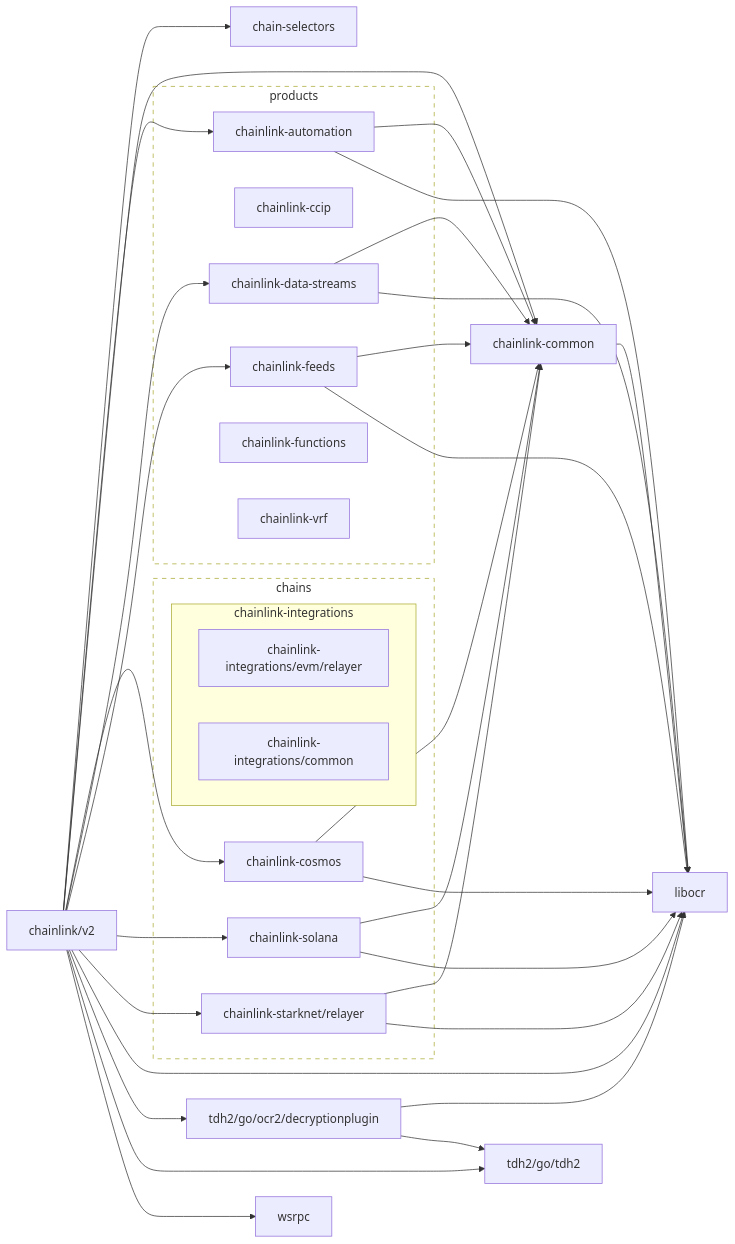
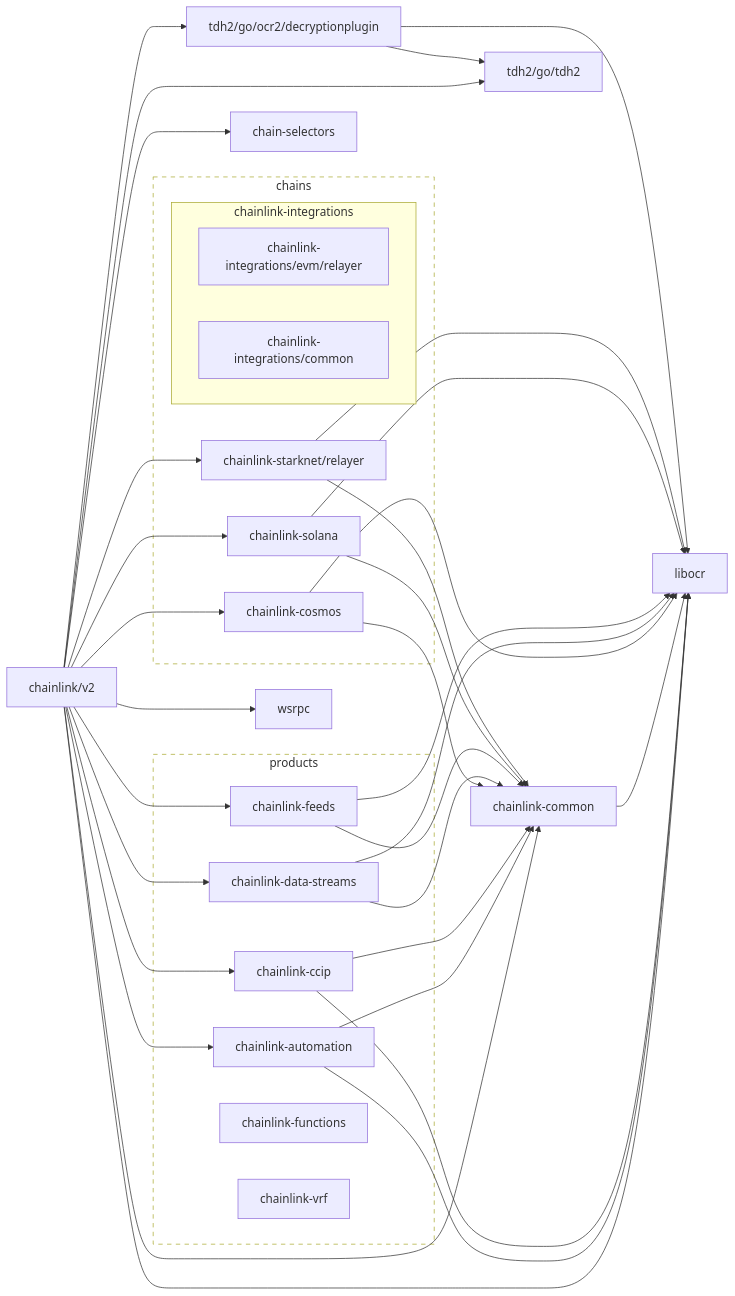
One commit to smartcontractkit/chainlink changed the diagram in go.md. Above: the diagram before and after it, drawn with Mermaid. The commit also changed 1071 other files, not shown here.

````diff
--- a/go.md
+++ b/go.md
@@ -2,65 +2,69 @@
 ```mermaid
 flowchart LR
   subgraph chains
     chainlink-cosmos
     chainlink-solana
     chainlink-starknet/relayer
     subgraph chainlink-integrations
       direction LR
       chainlink-integrations/evm/relayer
       chainlink-integrations/common
     end
   end
 
   subgraph products
     chainlink-automation
     chainlink-ccip
     chainlink-data-streams
     chainlink-feeds
     chainlink-functions
     chainlink-vrf
   end
 
   classDef outline stroke-dasharray:6,fill:none;
   class chains,products outline
 
   chainlink/v2 --> chain-selectors
   click chain-selectors href "https://github.com/smartcontractkit/chain-selectors"
   chainlink/v2 --> chainlink-automation
   click chainlink-automation href "https://github.com/smartcontractkit/chainlink-automation"
+  chainlink/v2 --> chainlink-ccip
+  click chainlink-ccip href "https://github.com/smartcontractkit/chainlink-ccip"
   chainlink/v2 --> chainlink-common
   click chainlink-common href "https://github.com/smartcontractkit/chainlink-common"
   chainlink/v2 --> chainlink-cosmos
   click chainlink-cosmos href "https://github.com/smartcontractkit/chainlink-cosmos"
   chainlink/v2 --> chainlink-data-streams
   click chainlink-data-streams href "https://github.com/smartcontractkit/chainlink-data-streams"
   chainlink/v2 --> chainlink-feeds
   click chainlink-feeds href "https://github.com/smartcontractkit/chainlink-feeds"
   chainlink/v2 --> chainlink-solana
   click chainlink-solana href "https://github.com/smartcontractkit/chainlink-solana"
   chainlink/v2 --> chainlink-starknet/relayer
   click chainlink-starknet/relayer href "https://github.com/smartcontractkit/chainlink-starknet"
   chainlink/v2 --> libocr
   click libocr href "https://github.com/smartcontractkit/libocr"
   chainlink/v2 --> tdh2/go/ocr2/decryptionplugin
   click tdh2/go/ocr2/decryptionplugin href "https://github.com/smartcontractkit/tdh2"
   chainlink/v2 --> tdh2/go/tdh2
   click tdh2/go/tdh2 href "https://github.com/smartcontractkit/tdh2"
   chainlink/v2 --> wsrpc
   click wsrpc href "https://github.com/smartcontractkit/wsrpc"
   chainlink-automation --> chainlink-common
   chainlink-automation --> libocr
+  chainlink-ccip --> chainlink-common
+  chainlink-ccip --> libocr
   chainlink-common --> libocr
   chainlink-cosmos --> chainlink-common
   chainlink-cosmos --> libocr
   chainlink-data-streams --> chainlink-common
   chainlink-data-streams --> libocr
   chainlink-feeds --> chainlink-common
   chainlink-feeds --> libocr
   chainlink-solana --> chainlink-common
   chainlink-solana --> libocr
   chainlink-starknet/relayer --> chainlink-common
   chainlink-starknet/relayer --> libocr
   tdh2/go/ocr2/decryptionplugin --> libocr
   tdh2/go/ocr2/decryptionplugin --> tdh2/go/tdh2
 ```
````
